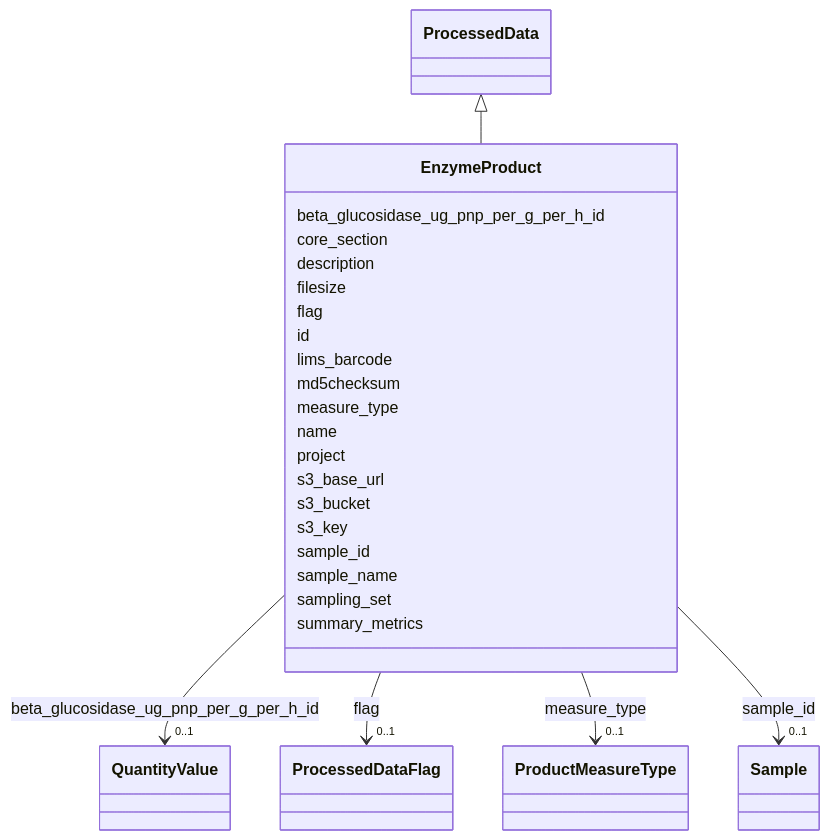
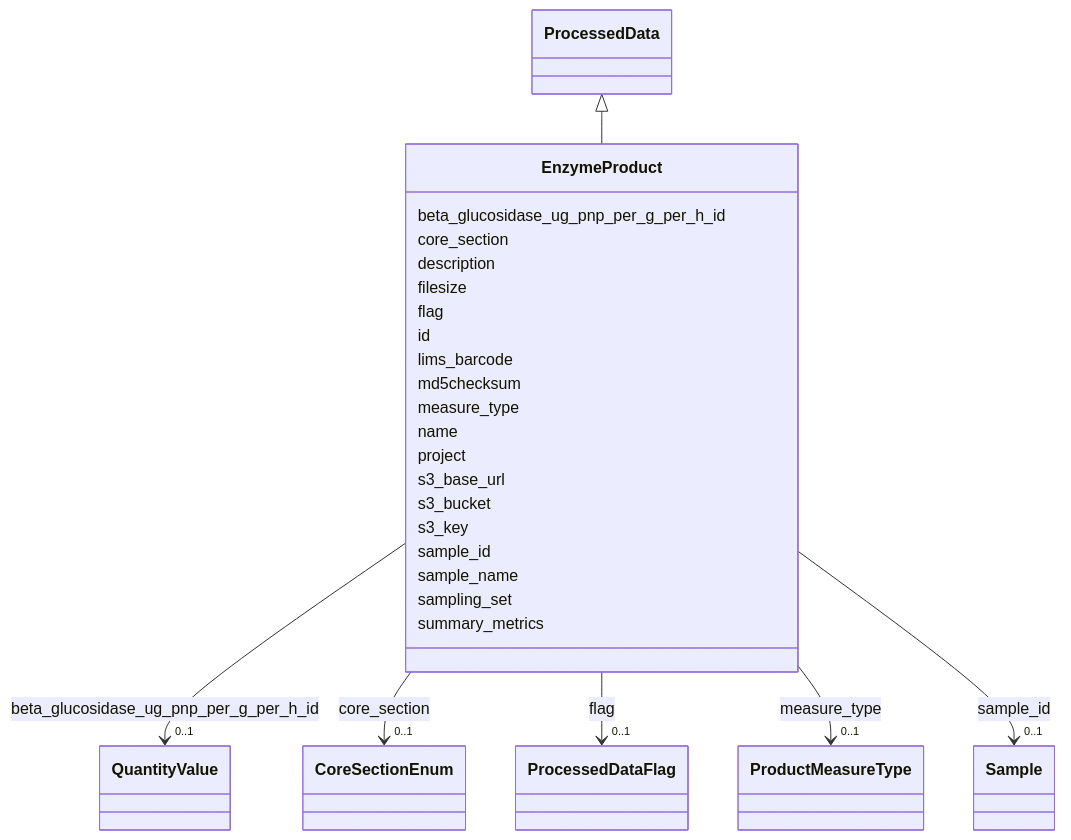
The diagram in docs/elements/EnzymeProduct.md (EMSL-Computing/BASALT-Schema), drawn with Mermaid before and after one commit. The commit also changed other lines of this file and 388 other files, not shown here.

```diff
--- a/docs/elements/EnzymeProduct.md
+++ b/docs/elements/EnzymeProduct.md
@@ -31,6 +31,16 @@
 
         
       EnzymeProduct : core_section
+        
+          
+    
+    
+    
+    
+    EnzymeProduct --> "0..1" CoreSectionEnum : core_section
+    click CoreSectionEnum href "../CoreSectionEnum"
+    
+
         
       EnzymeProduct : description
         
```
